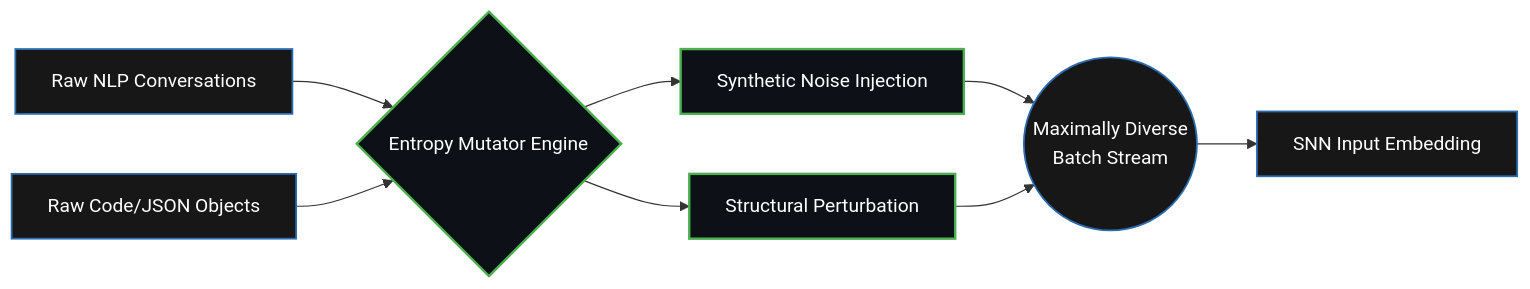
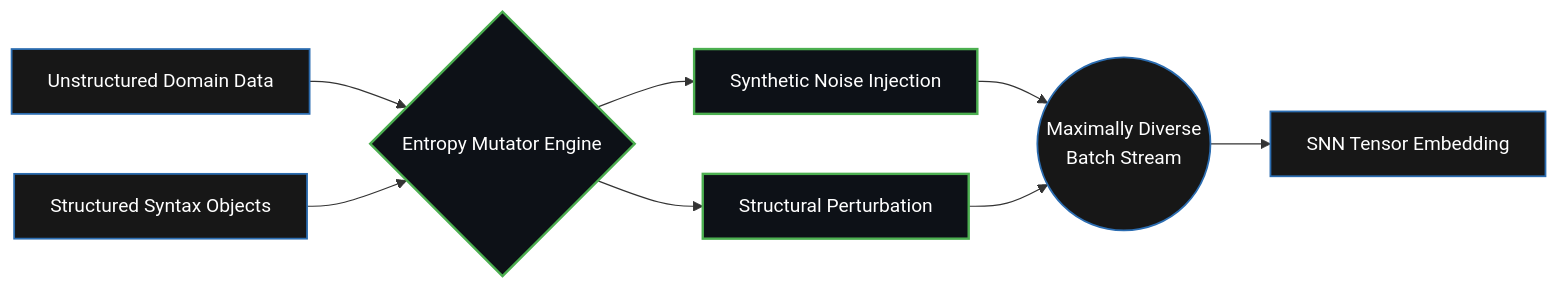
The fifth of 6 diagrams in v3.md (clokai/clokai), drawn with Mermaid before and after one commit. The commit also changed other lines of this file, not shown here.

````diff
--- a/v3.md
+++ b/v3.md
@@ -182,12 +201,12 @@
 ```mermaid
 graph LR
     classDef data fill:#171717,stroke:#2b6cb0,stroke-width:1.5px,color:#fff;
     classDef process fill:#0d1117,stroke:#4caf50,stroke-width:2px,color:#fff;
-    A[Raw NLP Conversations]:::data --> C{Entropy Mutator Engine}:::process
-    B[Raw Code/JSON Objects]:::data --> C
+    A[Unstructured Domain Data]:::data --> C{Entropy Mutator Engine}:::process
+    B[Structured Syntax Objects]:::data --> C
     C --> D[Synthetic Noise Injection]:::process
     C --> E[Structural Perturbation]:::process
     D --> F((Maximally Diverse <br/>Batch Stream)):::data
     E --> F
-    F --> G[SNN Input Embedding]:::data
+    F --> G[SNN Tensor Embedding]:::data
 ```
````
